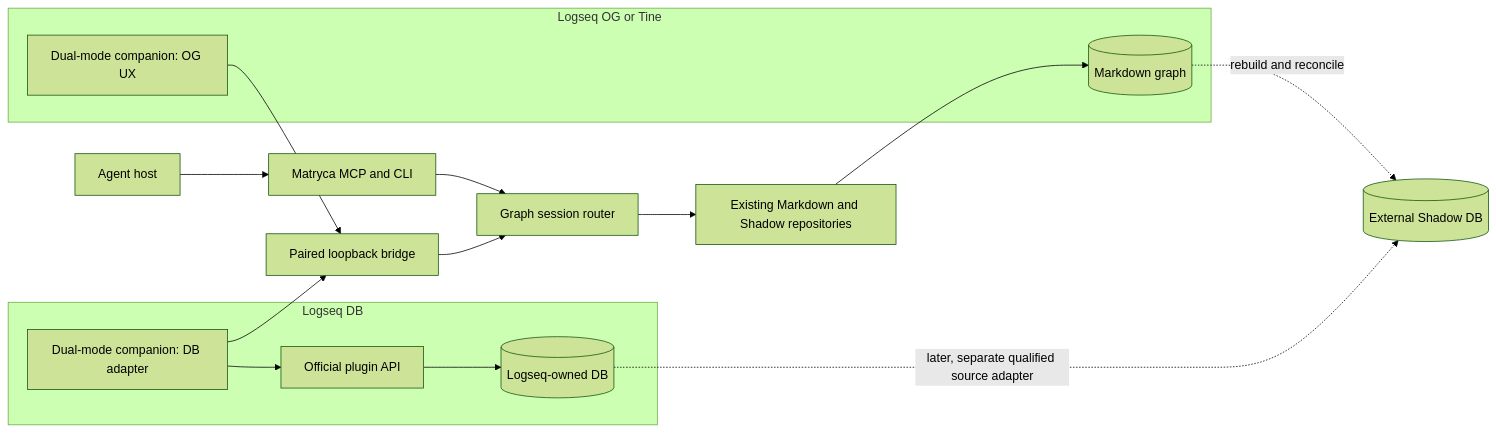
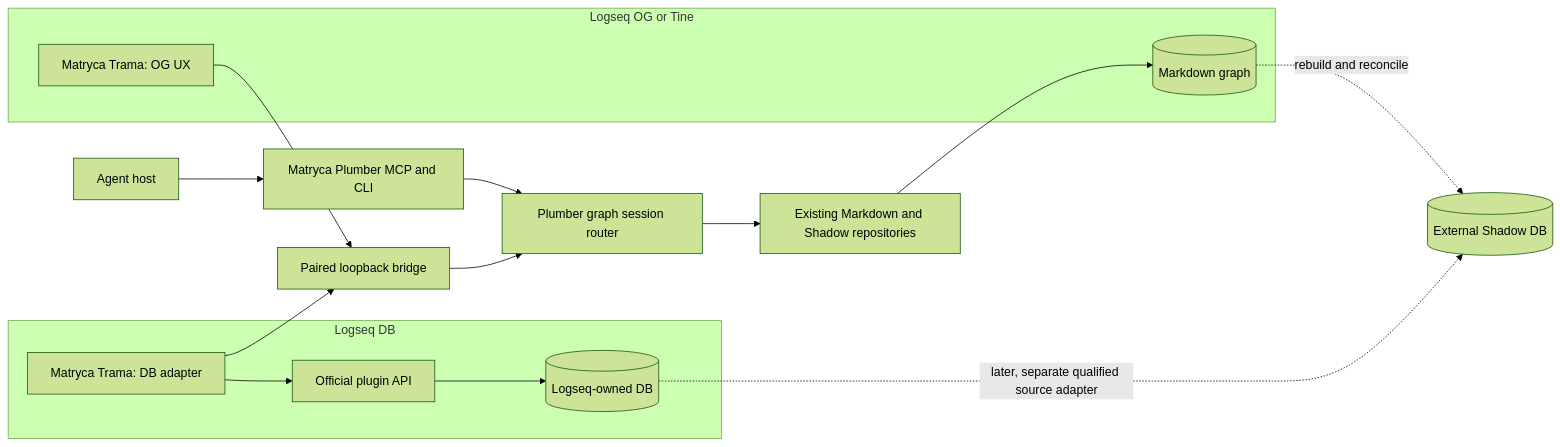
Before and after one commit to MarcoPorcellato/matryca-plumber: the diagram in docs/roadmaps/TINE_LOGSEQ_ECOSYSTEM_INTEGRATION_STRATEGY_2026-08-12.md, drawn with Mermaid (forest theme). The commit also changed other lines of this file and 3 other files, not shown here.

````diff
--- a/docs/roadmaps/TINE_LOGSEQ_ECOSYSTEM_INTEGRATION_STRATEGY_2026-08-12.md
+++ b/docs/roadmaps/TINE_LOGSEQ_ECOSYSTEM_INTEGRATION_STRATEGY_2026-08-12.md
@@ -368,25 +403,25 @@
 ```mermaid
 flowchart LR
-  Agent["Agent host"] --> MP["Matryca MCP and CLI"]
-  MP --> Router["Graph session router"]
+  Agent["Agent host"] --> MP["Matryca Plumber MCP and CLI"]
+  MP --> Router["Plumber graph session router"]
 
   subgraph OG["Logseq OG or Tine"]
     Files[("Markdown graph")]
-    OgCompanion["Dual-mode companion: OG UX"]
+    OgCompanion["Matryca Trama: OG UX"]
   end
 
   subgraph DB["Logseq DB"]
-    DbCompanion["Dual-mode companion: DB adapter"]
+    DbCompanion["Matryca Trama: DB adapter"]
     OfficialApi["Official plugin API"]
     DbStore[("Logseq-owned DB")]
     DbCompanion --> OfficialApi --> DbStore
   end
 
   Router --> Existing["Existing Markdown and Shadow repositories"] --> Files
   OgCompanion --> Bridge["Paired loopback bridge"]
   DbCompanion --> Bridge
   Bridge --> Router
 
   Files -. "rebuild and reconcile" .-> Shadow[("External Shadow DB")]
   DbStore -. "later, separate qualified source adapter" .-> Shadow
 ```
````
